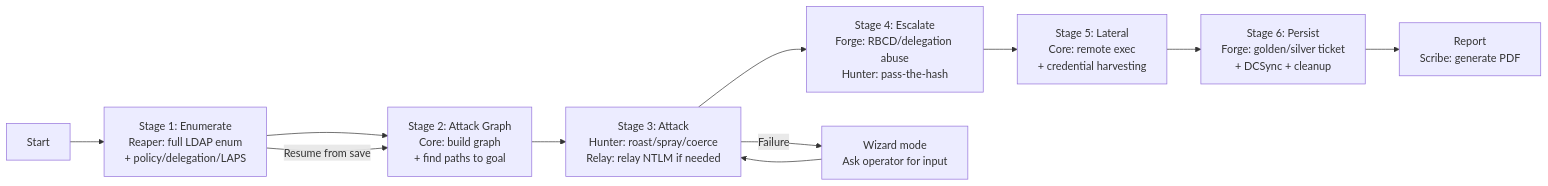
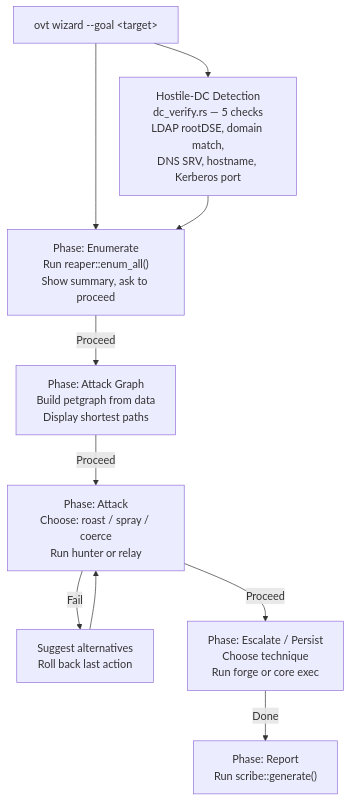
Before and after one commit to Karmanya03/Overthrone: diagram 17 of 35 in ARCHITECTURE.md, drawn with Mermaid. The commit also changed other lines of this file and 1 other file, not shown here.

Commit message:
docs: fix README tables, update LOC, rewrite ARCHITECTURE.md tool flow

````diff
--- a/ARCHITECTURE.md
+++ b/ARCHITECTURE.md
@@ -518,14 +553,13 @@
 ```mermaid
-flowchart LR
-    START["Start"] --> ENUM["Stage 1: Enumerate<br/>Reaper: full LDAP enum<br/>+ policy/delegation/LAPS"]
-    ENUM --> GRAPH["Stage 2: Attack Graph<br/>Core: build graph<br/>+ find paths to goal"]
-    GRAPH --> ATTACK["Stage 3: Attack<br/>Hunter: roast/spray/coerce<br/>Relay: relay NTLM if needed"]
-    ATTACK --> ESCALATE["Stage 4: Escalate<br/>Forge: RBCD/delegation abuse<br/>Hunter: pass-the-hash"]
-    ESCALATE --> LATERAL["Stage 5: Lateral<br/>Core: remote exec<br/>+ credential harvesting"]
-    LATERAL --> PERSIST["Stage 6: Persist<br/>Forge: golden/silver ticket<br/>+ DCSync + cleanup"]
-    PERSIST --> REPORT["Report<br/>Scribe: generate PDF"]
+flowchart TD
+    WIZ["ovt wizard --goal &lt;target&gt;"] --> PHASE1["Phase: Enumerate<br/>Run reaper::enum_all()<br/>Show summary, ask to proceed"]
+    PHASE1 -->|Proceed| PHASE2["Phase: Attack Graph<br/>Build petgraph from data<br/>Display shortest paths"]
+    PHASE2 -->|Proceed| PHASE3["Phase: Attack<br/>Choose: roast / spray / coerce<br/>Run hunter or relay"]
+    PHASE3 -->|Fail| RETRY["Suggest alternatives<br/>Roll back last action"]
+    RETRY --> PHASE3
+    PHASE3 -->|Proceed| PHASE4["Phase: Escalate / Persist<br/>Choose technique<br/>Run forge or core exec"]
+    PHASE4 -->|Done| REPORT["Phase: Report<br/>Run scribe::generate()"]
 
-    ENUM -->|Resume from save| GRAPH
-    ATTACK -->|Failure| REQ_WIZARD["Wizard mode<br/>Ask operator for input"]
-    REQ_WIZARD --> ATTACK
+    WIZ --> DETECT["Hostile-DC Detection<br/>dc_verify.rs — 5 checks<br/>LDAP rootDSE, domain match,<br/>DNS SRV, hostname, Kerberos port"]
+    DETECT --> PHASE1
 ```
````
